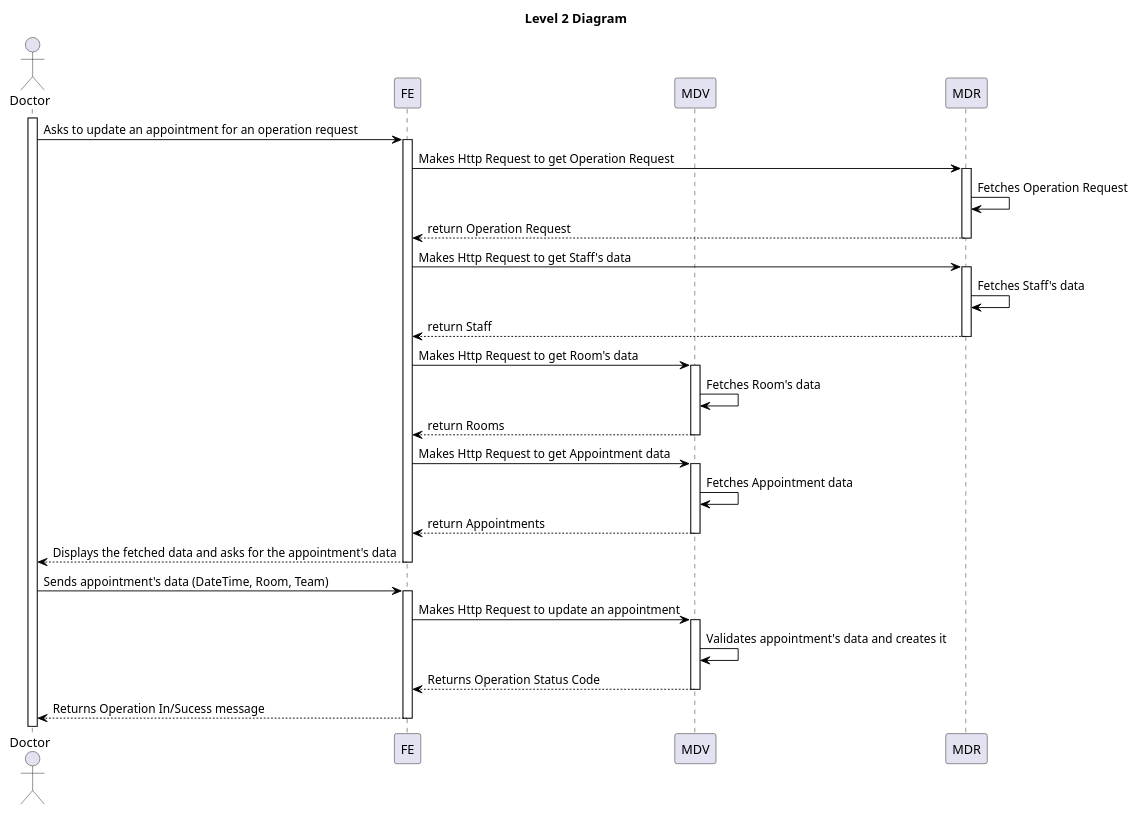
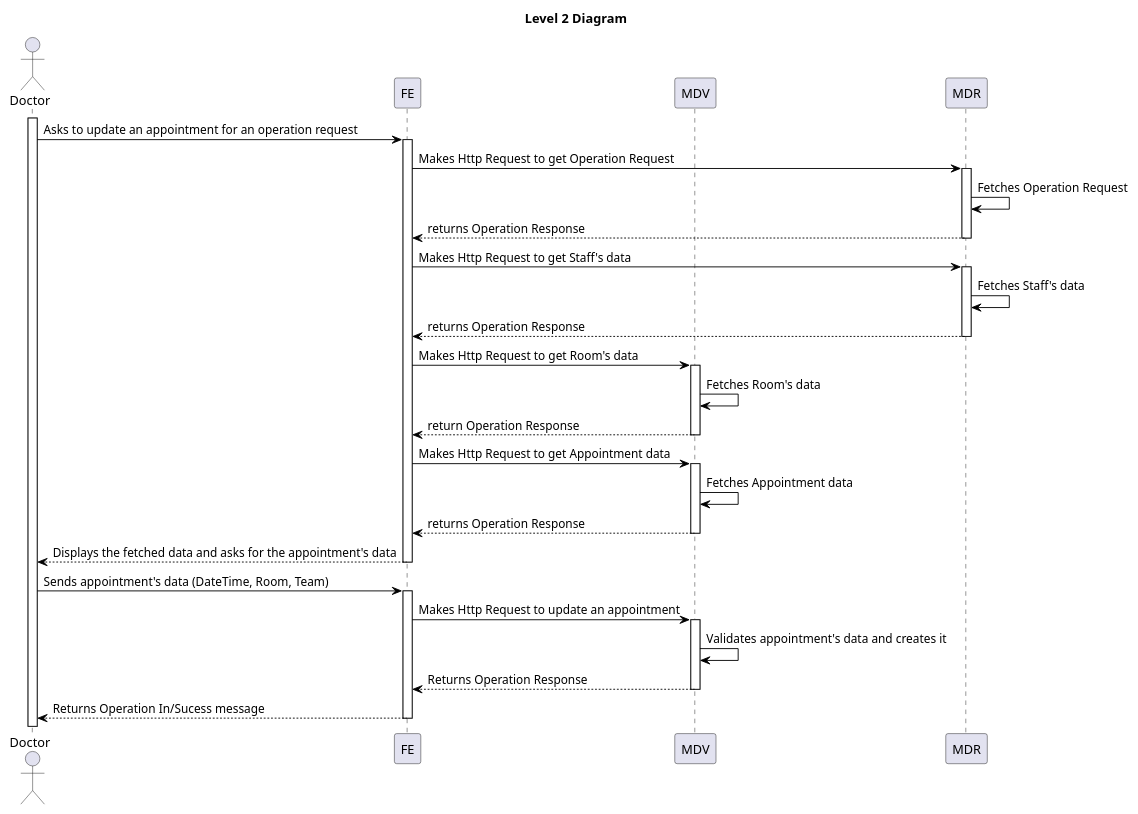
Before and after one commit to vscosousa/LAPR5_3DC_G15: the diagram in docs/sprint_C/us_7.2.9/level_2/puml/level_2.puml, drawn with PlantUML. The commit also changed 11 other files, not shown here.

```diff
--- a/docs/sprint_C/us_7.2.9/level_2/puml/level_2.puml
+++ b/docs/sprint_C/us_7.2.9/level_2/puml/level_2.puml
@@ -1,60 +1,60 @@
 @startuml level_2
 
 title Level 2 Diagram
 
 hide empty members
 'skinparam Linetype ortho
 
 skinparam class {
     BackgroundColor<<valueObject>> #D6EAF8
     BackgroundColor<<root>> #FDEBD0
     BackgroundColor<<service>> #D1F2EB
     BackgroundColor #FEF9E7
     ArrowColor Black
 }
 
 skinparam package {
     BackgroundColor #EBF5FB
 }
 
 actor Doctor as A
 participant FE as FE
 participant MDV as MDV
 participant MDR as MDR
 
 activate A
 A -> FE: Asks to update an appointment for an operation request
 activate FE
 FE -> MDR: Makes Http Request to get Operation Request
 activate MDR
 MDR -> MDR: Fetches Operation Request
-MDR --> FE: return Operation Request
+MDR --> FE: returns Operation Response
 deactivate MDR
 FE -> MDR: Makes Http Request to get Staff's data
 activate MDR
 MDR -> MDR: Fetches Staff's data
-MDR --> FE: return Staff
+MDR --> FE: returns Operation Response
 deactivate MDR
 FE -> MDV: Makes Http Request to get Room's data
 activate MDV
 MDV -> MDV: Fetches Room's data
-MDV --> FE: return Rooms
+MDV --> FE: return Operation Response
 deactivate MDV
 FE -> MDV: Makes Http Request to get Appointment data
 activate MDV
 MDV -> MDV: Fetches Appointment data
-MDV --> FE: return Appointments
+MDV --> FE: returns Operation Response
 deactivate MDV
 FE --> A: Displays the fetched data and asks for the appointment's data
 deactivate FE
 A -> FE: Sends appointment's data (DateTime, Room, Team)
 activate FE
 FE -> MDV: Makes Http Request to update an appointment
 activate MDV
 MDV -> MDV: Validates appointment's data and creates it
-MDV --> FE: Returns Operation Status Code
+MDV --> FE: Returns Operation Response
 deactivate MDV
 FE --> A: Returns Operation In/Sucess message
 deactivate FE
 
 @enduml
```
